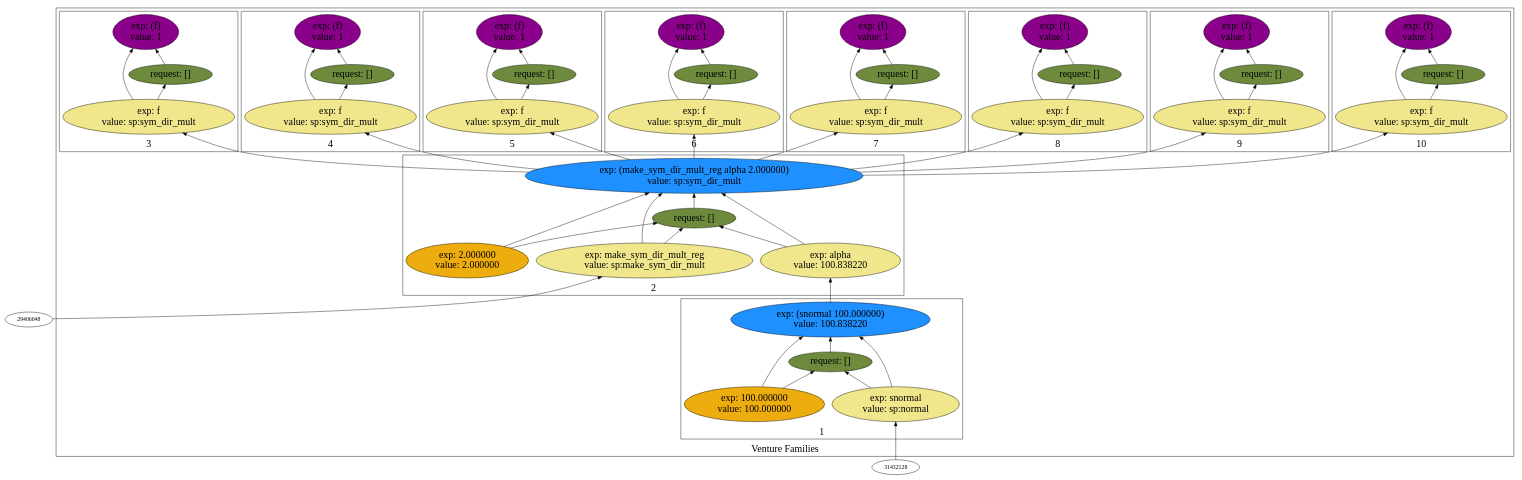
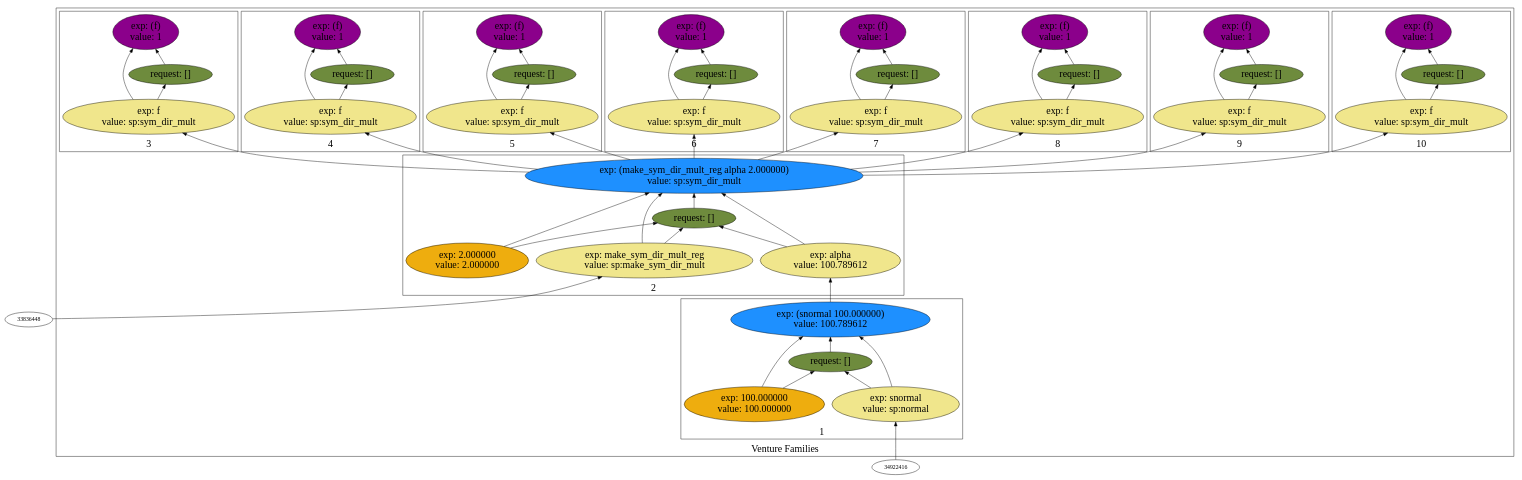
Before and after one commit to probcomp/Venturecxx: the diagram in backend/cxx/pdf_graphs/aaa_basic_no_aaa/dot1.dot, drawn with Graphviz. The commit also changed 318 other files, not shown here.

```diff
--- a/backend/cxx/pdf_graphs/aaa_basic_no_aaa/dot1.dot
+++ b/backend/cxx/pdf_graphs/aaa_basic_no_aaa/dot1.dot
@@ -5,125 +5,125 @@
 label="Venture Families"
 subgraph cluster2 {
 label="1"
-"26358576"["fillcolor"="dodgerblue" "fontsize"="24" "label"="exp: (snormal 100.000000)\nvalue: 100.838220" "shape"="ellipse" "style"="filled" ]
-"26820352"["fillcolor"="darkolivegreen4" "fontsize"="24" "label"="request: []" "shape"="ellipse" "style"="filled" ]
-"25906208"["fillcolor"="khaki" "fontsize"="24" "label"="exp: snormal\nvalue: sp:normal" "shape"="ellipse" "style"="filled" ]
-"26343136"["fillcolor"="darkgoldenrod2" "fontsize"="24" "label"="exp: 100.000000\nvalue: 100.000000" "shape"="ellipse" "style"="filled" ]
+"32454352"["fillcolor"="dodgerblue" "fontsize"="24" "label"="exp: (snormal 100.000000)\nvalue: 100.789612" "shape"="ellipse" "style"="filled" ]
+"38268464"["fillcolor"="darkolivegreen4" "fontsize"="24" "label"="request: []" "shape"="ellipse" "style"="filled" ]
+"32794384"["fillcolor"="khaki" "fontsize"="24" "label"="exp: snormal\nvalue: sp:normal" "shape"="ellipse" "style"="filled" ]
+"31227776"["fillcolor"="darkgoldenrod2" "fontsize"="24" "label"="exp: 100.000000\nvalue: 100.000000" "shape"="ellipse" "style"="filled" ]
 }
 
 subgraph cluster3 {
 label="2"
-"26832768"["fillcolor"="dodgerblue" "fontsize"="24" "label"="exp: (make_sym_dir_mult_reg alpha 2.000000)\nvalue: sp:sym_dir_mult" "shape"="ellipse" "style"="filled" ]
-"28401456"["fillcolor"="darkolivegreen4" "fontsize"="24" "label"="request: []" "shape"="ellipse" "style"="filled" ]
-"31366272"["fillcolor"="khaki" "fontsize"="24" "label"="exp: make_sym_dir_mult_reg\nvalue: sp:make_sym_dir_mult" "shape"="ellipse" "style"="filled" ]
-"31197024"["fillcolor"="khaki" "fontsize"="24" "label"="exp: alpha\nvalue: 100.838220" "shape"="ellipse" "style"="filled" ]
-"32104320"["fillcolor"="darkgoldenrod2" "fontsize"="24" "label"="exp: 2.000000\nvalue: 2.000000" "shape"="ellipse" "style"="filled" ]
+"32504208"["fillcolor"="dodgerblue" "fontsize"="24" "label"="exp: (make_sym_dir_mult_reg alpha 2.000000)\nvalue: sp:sym_dir_mult" "shape"="ellipse" "style"="filled" ]
+"31215360"["fillcolor"="darkolivegreen4" "fontsize"="24" "label"="request: []" "shape"="ellipse" "style"="filled" ]
+"32334688"["fillcolor"="khaki" "fontsize"="24" "label"="exp: make_sym_dir_mult_reg\nvalue: sp:make_sym_dir_mult" "shape"="ellipse" "style"="filled" ]
+"36008416"["fillcolor"="khaki" "fontsize"="24" "label"="exp: alpha\nvalue: 100.789612" "shape"="ellipse" "style"="filled" ]
+"37497584"["fillcolor"="darkgoldenrod2" "fontsize"="24" "label"="exp: 2.000000\nvalue: 2.000000" "shape"="ellipse" "style"="filled" ]
 }
 
 subgraph cluster4 {
 label="3"
-"33146560"["fillcolor"="magenta4" "fontsize"="24" "label"="exp: (f)\nvalue: 1" "shape"="ellipse" "style"="filled" ]
-"33121808"["fillcolor"="darkolivegreen4" "fontsize"="24" "label"="request: []" "shape"="ellipse" "style"="filled" ]
-"26573984"["fillcolor"="khaki" "fontsize"="24" "label"="exp: f\nvalue: sp:sym_dir_mult" "shape"="ellipse" "style"="filled" ]
+"37516064"["fillcolor"="magenta4" "fontsize"="24" "label"="exp: (f)\nvalue: 1" "shape"="ellipse" "style"="filled" ]
+"35758960"["fillcolor"="darkolivegreen4" "fontsize"="24" "label"="request: []" "shape"="ellipse" "style"="filled" ]
+"37540816"["fillcolor"="khaki" "fontsize"="24" "label"="exp: f\nvalue: sp:sym_dir_mult" "shape"="ellipse" "style"="filled" ]
 }
 
 subgraph cluster5 {
 label="4"
-"26546816"["fillcolor"="magenta4" "fontsize"="24" "label"="exp: (f)\nvalue: 1" "shape"="ellipse" "style"="filled" ]
-"26371472"["fillcolor"="darkolivegreen4" "fontsize"="24" "label"="request: []" "shape"="ellipse" "style"="filled" ]
-"23848704"["fillcolor"="khaki" "fontsize"="24" "label"="exp: f\nvalue: sp:sym_dir_mult" "shape"="ellipse" "style"="filled" ]
+"30941824"["fillcolor"="magenta4" "fontsize"="24" "label"="exp: (f)\nvalue: 1" "shape"="ellipse" "style"="filled" ]
+"30738144"["fillcolor"="darkolivegreen4" "fontsize"="24" "label"="request: []" "shape"="ellipse" "style"="filled" ]
+"30753584"["fillcolor"="khaki" "fontsize"="24" "label"="exp: f\nvalue: sp:sym_dir_mult" "shape"="ellipse" "style"="filled" ]
 }
 
 subgraph cluster6 {
 label="5"
-"32607728"["fillcolor"="magenta4" "fontsize"="24" "label"="exp: (f)\nvalue: 1" "shape"="ellipse" "style"="filled" ]
-"31430560"["fillcolor"="darkolivegreen4" "fontsize"="24" "label"="request: []" "shape"="ellipse" "style"="filled" ]
-"33201408"["fillcolor"="khaki" "fontsize"="24" "label"="exp: f\nvalue: sp:sym_dir_mult" "shape"="ellipse" "style"="filled" ]
+"37920000"["fillcolor"="magenta4" "fontsize"="24" "label"="exp: (f)\nvalue: 1" "shape"="ellipse" "style"="filled" ]
+"30301216"["fillcolor"="darkolivegreen4" "fontsize"="24" "label"="request: []" "shape"="ellipse" "style"="filled" ]
+"36497792"["fillcolor"="khaki" "fontsize"="24" "label"="exp: f\nvalue: sp:sym_dir_mult" "shape"="ellipse" "style"="filled" ]
 }
 
 subgraph cluster7 {
 label="6"
-"33286304"["fillcolor"="magenta4" "fontsize"="24" "label"="exp: (f)\nvalue: 1" "shape"="ellipse" "style"="filled" ]
-"33251344"["fillcolor"="darkolivegreen4" "fontsize"="24" "label"="request: []" "shape"="ellipse" "style"="filled" ]
-"33388464"["fillcolor"="khaki" "fontsize"="24" "label"="exp: f\nvalue: sp:sym_dir_mult" "shape"="ellipse" "style"="filled" ]
+"37767040"["fillcolor"="magenta4" "fontsize"="24" "label"="exp: (f)\nvalue: 1" "shape"="ellipse" "style"="filled" ]
+"36332688"["fillcolor"="darkolivegreen4" "fontsize"="24" "label"="request: []" "shape"="ellipse" "style"="filled" ]
+"36924752"["fillcolor"="khaki" "fontsize"="24" "label"="exp: f\nvalue: sp:sym_dir_mult" "shape"="ellipse" "style"="filled" ]
 }
 
 subgraph cluster8 {
 label="7"
-"31707056"["fillcolor"="magenta4" "fontsize"="24" "label"="exp: (f)\nvalue: 1" "shape"="ellipse" "style"="filled" ]
-"34057888"["fillcolor"="darkolivegreen4" "fontsize"="24" "label"="request: []" "shape"="ellipse" "style"="filled" ]
-"31867168"["fillcolor"="khaki" "fontsize"="24" "label"="exp: f\nvalue: sp:sym_dir_mult" "shape"="ellipse" "style"="filled" ]
+"37113312"["fillcolor"="magenta4" "fontsize"="24" "label"="exp: (f)\nvalue: 1" "shape"="ellipse" "style"="filled" ]
+"37014240"["fillcolor"="darkolivegreen4" "fontsize"="24" "label"="request: []" "shape"="ellipse" "style"="filled" ]
+"37373264"["fillcolor"="khaki" "fontsize"="24" "label"="exp: f\nvalue: sp:sym_dir_mult" "shape"="ellipse" "style"="filled" ]
 }
 
 subgraph cluster9 {
 label="8"
-"31714368"["fillcolor"="magenta4" "fontsize"="24" "label"="exp: (f)\nvalue: 1" "shape"="ellipse" "style"="filled" ]
-"32406512"["fillcolor"="darkolivegreen4" "fontsize"="24" "label"="request: []" "shape"="ellipse" "style"="filled" ]
-"32831984"["fillcolor"="khaki" "fontsize"="24" "label"="exp: f\nvalue: sp:sym_dir_mult" "shape"="ellipse" "style"="filled" ]
+"38451280"["fillcolor"="magenta4" "fontsize"="24" "label"="exp: (f)\nvalue: 1" "shape"="ellipse" "style"="filled" ]
+"38352016"["fillcolor"="darkolivegreen4" "fontsize"="24" "label"="request: []" "shape"="ellipse" "style"="filled" ]
+"38500912"["fillcolor"="khaki" "fontsize"="24" "label"="exp: f\nvalue: sp:sym_dir_mult" "shape"="ellipse" "style"="filled" ]
 }
 
 subgraph cluster10 {
 label="9"
-"31195328"["fillcolor"="magenta4" "fontsize"="24" "label"="exp: (f)\nvalue: 1" "shape"="ellipse" "style"="filled" ]
-"32830880"["fillcolor"="darkolivegreen4" "fontsize"="24" "label"="request: []" "shape"="ellipse" "style"="filled" ]
-"30667776"["fillcolor"="khaki" "fontsize"="24" "label"="exp: f\nvalue: sp:sym_dir_mult" "shape"="ellipse" "style"="filled" ]
+"36842224"["fillcolor"="magenta4" "fontsize"="24" "label"="exp: (f)\nvalue: 1" "shape"="ellipse" "style"="filled" ]
+"36914640"["fillcolor"="darkolivegreen4" "fontsize"="24" "label"="request: []" "shape"="ellipse" "style"="filled" ]
+"36841120"["fillcolor"="khaki" "fontsize"="24" "label"="exp: f\nvalue: sp:sym_dir_mult" "shape"="ellipse" "style"="filled" ]
 }
 
 subgraph cluster11 {
 label="10"
-"30811856"["fillcolor"="magenta4" "fontsize"="24" "label"="exp: (f)\nvalue: 1" "shape"="ellipse" "style"="filled" ]
-"33073952"["fillcolor"="darkolivegreen4" "fontsize"="24" "label"="request: []" "shape"="ellipse" "style"="filled" ]
-"30751904"["fillcolor"="khaki" "fontsize"="24" "label"="exp: f\nvalue: sp:sym_dir_mult" "shape"="ellipse" "style"="filled" ]
+"35588016"["fillcolor"="magenta4" "fontsize"="24" "label"="exp: (f)\nvalue: 1" "shape"="ellipse" "style"="filled" ]
+"36357600"["fillcolor"="darkolivegreen4" "fontsize"="24" "label"="request: []" "shape"="ellipse" "style"="filled" ]
+"35903296"["fillcolor"="khaki" "fontsize"="24" "label"="exp: f\nvalue: sp:sym_dir_mult" "shape"="ellipse" "style"="filled" ]
 }
 
 }
 
-"25906208" -> "26358576"["arrowhead"="normal" "color"="black" "constraint"="true" "style"="solid" ]
-"25906208" -> "26820352"["arrowhead"="normal" "color"="black" "constraint"="true" "style"="solid" ]
-"31432128" -> "25906208"["arrowhead"="normal" "color"="black" "constraint"="true" "style"="solid" ]
-"26343136" -> "26358576"["arrowhead"="normal" "color"="black" "constraint"="true" "style"="solid" ]
-"26343136" -> "26820352"["arrowhead"="normal" "color"="black" "constraint"="true" "style"="solid" ]
-"26820352" -> "26358576"["arrowhead"="normal" "color"="black" "constraint"="true" "style"="solid" ]
-"23848704" -> "26546816"["arrowhead"="normal" "color"="black" "constraint"="true" "style"="solid" ]
-"23848704" -> "26371472"["arrowhead"="normal" "color"="black" "constraint"="true" "style"="solid" ]
-"26832768" -> "23848704"["arrowhead"="normal" "color"="black" "constraint"="true" "style"="solid" ]
-"26371472" -> "26546816"["arrowhead"="normal" "color"="black" "constraint"="true" "style"="solid" ]
-"31366272" -> "26832768"["arrowhead"="normal" "color"="black" "constraint"="true" "style"="solid" ]
-"31366272" -> "28401456"["arrowhead"="normal" "color"="black" "constraint"="true" "style"="solid" ]
-"29406048" -> "31366272"["arrowhead"="normal" "color"="black" "constraint"="true" "style"="solid" ]
-"31197024" -> "26832768"["arrowhead"="normal" "color"="black" "constraint"="true" "style"="solid" ]
-"31197024" -> "28401456"["arrowhead"="normal" "color"="black" "constraint"="true" "style"="solid" ]
-"26358576" -> "31197024"["arrowhead"="normal" "color"="black" "constraint"="true" "style"="solid" ]
-"32104320" -> "26832768"["arrowhead"="normal" "color"="black" "constraint"="true" "style"="solid" ]
-"32104320" -> "28401456"["arrowhead"="normal" "color"="black" "constraint"="true" "style"="solid" ]
-"28401456" -> "26832768"["arrowhead"="normal" "color"="black" "constraint"="true" "style"="solid" ]
-"30751904" -> "30811856"["arrowhead"="normal" "color"="black" "constraint"="true" "style"="solid" ]
-"30751904" -> "33073952"["arrowhead"="normal" "color"="black" "constraint"="true" "style"="solid" ]
-"26832768" -> "30751904"["arrowhead"="normal" "color"="black" "constraint"="true" "style"="solid" ]
-"33073952" -> "30811856"["arrowhead"="normal" "color"="black" "constraint"="true" "style"="solid" ]
-"30667776" -> "31195328"["arrowhead"="normal" "color"="black" "constraint"="true" "style"="solid" ]
-"30667776" -> "32830880"["arrowhead"="normal" "color"="black" "constraint"="true" "style"="solid" ]
-"26832768" -> "30667776"["arrowhead"="normal" "color"="black" "constraint"="true" "style"="solid" ]
-"32830880" -> "31195328"["arrowhead"="normal" "color"="black" "constraint"="true" "style"="solid" ]
-"31867168" -> "31707056"["arrowhead"="normal" "color"="black" "constraint"="true" "style"="solid" ]
-"31867168" -> "34057888"["arrowhead"="normal" "color"="black" "constraint"="true" "style"="solid" ]
-"26832768" -> "31867168"["arrowhead"="normal" "color"="black" "constraint"="true" "style"="solid" ]
-"34057888" -> "31707056"["arrowhead"="normal" "color"="black" "constraint"="true" "style"="solid" ]
-"32831984" -> "31714368"["arrowhead"="normal" "color"="black" "constraint"="true" "style"="solid" ]
-"32831984" -> "32406512"["arrowhead"="normal" "color"="black" "constraint"="true" "style"="solid" ]
-"26832768" -> "32831984"["arrowhead"="normal" "color"="black" "constraint"="true" "style"="solid" ]
-"32406512" -> "31714368"["arrowhead"="normal" "color"="black" "constraint"="true" "style"="solid" ]
-"33201408" -> "32607728"["arrowhead"="normal" "color"="black" "constraint"="true" "style"="solid" ]
-"33201408" -> "31430560"["arrowhead"="normal" "color"="black" "constraint"="true" "style"="solid" ]
-"26832768" -> "33201408"["arrowhead"="normal" "color"="black" "constraint"="true" "style"="solid" ]
-"31430560" -> "32607728"["arrowhead"="normal" "color"="black" "constraint"="true" "style"="solid" ]
-"26573984" -> "33146560"["arrowhead"="normal" "color"="black" "constraint"="true" "style"="solid" ]
-"26573984" -> "33121808"["arrowhead"="normal" "color"="black" "constraint"="true" "style"="solid" ]
-"26832768" -> "26573984"["arrowhead"="normal" "color"="black" "constraint"="true" "style"="solid" ]
-"33121808" -> "33146560"["arrowhead"="normal" "color"="black" "constraint"="true" "style"="solid" ]
-"33388464" -> "33286304"["arrowhead"="normal" "color"="black" "constraint"="true" "style"="solid" ]
-"33388464" -> "33251344"["arrowhead"="normal" "color"="black" "constraint"="true" "style"="solid" ]
-"26832768" -> "33388464"["arrowhead"="normal" "color"="black" "constraint"="true" "style"="solid" ]
-"33251344" -> "33286304"["arrowhead"="normal" "color"="black" "constraint"="true" "style"="solid" ]
+"30753584" -> "30941824"["arrowhead"="normal" "color"="black" "constraint"="true" "style"="solid" ]
+"30753584" -> "30738144"["arrowhead"="normal" "color"="black" "constraint"="true" "style"="solid" ]
+"32504208" -> "30753584"["arrowhead"="normal" "color"="black" "constraint"="true" "style"="solid" ]
+"30738144" -> "30941824"["arrowhead"="normal" "color"="black" "constraint"="true" "style"="solid" ]
+"32794384" -> "32454352"["arrowhead"="normal" "color"="black" "constraint"="true" "style"="solid" ]
+"32794384" -> "38268464"["arrowhead"="normal" "color"="black" "constraint"="true" "style"="solid" ]
+"34922416" -> "32794384"["arrowhead"="normal" "color"="black" "constraint"="true" "style"="solid" ]
+"31227776" -> "32454352"["arrowhead"="normal" "color"="black" "constraint"="true" "style"="solid" ]
+"31227776" -> "38268464"["arrowhead"="normal" "color"="black" "constraint"="true" "style"="solid" ]
+"38268464" -> "32454352"["arrowhead"="normal" "color"="black" "constraint"="true" "style"="solid" ]
+"32334688" -> "32504208"["arrowhead"="normal" "color"="black" "constraint"="true" "style"="solid" ]
+"32334688" -> "31215360"["arrowhead"="normal" "color"="black" "constraint"="true" "style"="solid" ]
+"33836448" -> "32334688"["arrowhead"="normal" "color"="black" "constraint"="true" "style"="solid" ]
+"36008416" -> "32504208"["arrowhead"="normal" "color"="black" "constraint"="true" "style"="solid" ]
+"36008416" -> "31215360"["arrowhead"="normal" "color"="black" "constraint"="true" "style"="solid" ]
+"32454352" -> "36008416"["arrowhead"="normal" "color"="black" "constraint"="true" "style"="solid" ]
+"37497584" -> "32504208"["arrowhead"="normal" "color"="black" "constraint"="true" "style"="solid" ]
+"37497584" -> "31215360"["arrowhead"="normal" "color"="black" "constraint"="true" "style"="solid" ]
+"31215360" -> "32504208"["arrowhead"="normal" "color"="black" "constraint"="true" "style"="solid" ]
+"35903296" -> "35588016"["arrowhead"="normal" "color"="black" "constraint"="true" "style"="solid" ]
+"35903296" -> "36357600"["arrowhead"="normal" "color"="black" "constraint"="true" "style"="solid" ]
+"32504208" -> "35903296"["arrowhead"="normal" "color"="black" "constraint"="true" "style"="solid" ]
+"36357600" -> "35588016"["arrowhead"="normal" "color"="black" "constraint"="true" "style"="solid" ]
+"36841120" -> "36842224"["arrowhead"="normal" "color"="black" "constraint"="true" "style"="solid" ]
+"36841120" -> "36914640"["arrowhead"="normal" "color"="black" "constraint"="true" "style"="solid" ]
+"32504208" -> "36841120"["arrowhead"="normal" "color"="black" "constraint"="true" "style"="solid" ]
+"36914640" -> "36842224"["arrowhead"="normal" "color"="black" "constraint"="true" "style"="solid" ]
+"37373264" -> "37113312"["arrowhead"="normal" "color"="black" "constraint"="true" "style"="solid" ]
+"37373264" -> "37014240"["arrowhead"="normal" "color"="black" "constraint"="true" "style"="solid" ]
+"32504208" -> "37373264"["arrowhead"="normal" "color"="black" "constraint"="true" "style"="solid" ]
+"37014240" -> "37113312"["arrowhead"="normal" "color"="black" "constraint"="true" "style"="solid" ]
+"37540816" -> "37516064"["arrowhead"="normal" "color"="black" "constraint"="true" "style"="solid" ]
+"37540816" -> "35758960"["arrowhead"="normal" "color"="black" "constraint"="true" "style"="solid" ]
+"32504208" -> "37540816"["arrowhead"="normal" "color"="black" "constraint"="true" "style"="solid" ]
+"35758960" -> "37516064"["arrowhead"="normal" "color"="black" "constraint"="true" "style"="solid" ]
+"36924752" -> "37767040"["arrowhead"="normal" "color"="black" "constraint"="true" "style"="solid" ]
+"36924752" -> "36332688"["arrowhead"="normal" "color"="black" "constraint"="true" "style"="solid" ]
+"32504208" -> "36924752"["arrowhead"="normal" "color"="black" "constraint"="true" "style"="solid" ]
+"36332688" -> "37767040"["arrowhead"="normal" "color"="black" "constraint"="true" "style"="solid" ]
+"36497792" -> "37920000"["arrowhead"="normal" "color"="black" "constraint"="true" "style"="solid" ]
+"36497792" -> "30301216"["arrowhead"="normal" "color"="black" "constraint"="true" "style"="solid" ]
+"32504208" -> "36497792"["arrowhead"="normal" "color"="black" "constraint"="true" "style"="solid" ]
+"30301216" -> "37920000"["arrowhead"="normal" "color"="black" "constraint"="true" "style"="solid" ]
+"38500912" -> "38451280"["arrowhead"="normal" "color"="black" "constraint"="true" "style"="solid" ]
+"38500912" -> "38352016"["arrowhead"="normal" "color"="black" "constraint"="true" "style"="solid" ]
+"32504208" -> "38500912"["arrowhead"="normal" "color"="black" "constraint"="true" "style"="solid" ]
+"38352016" -> "38451280"["arrowhead"="normal" "color"="black" "constraint"="true" "style"="solid" ]
 
 }
```
